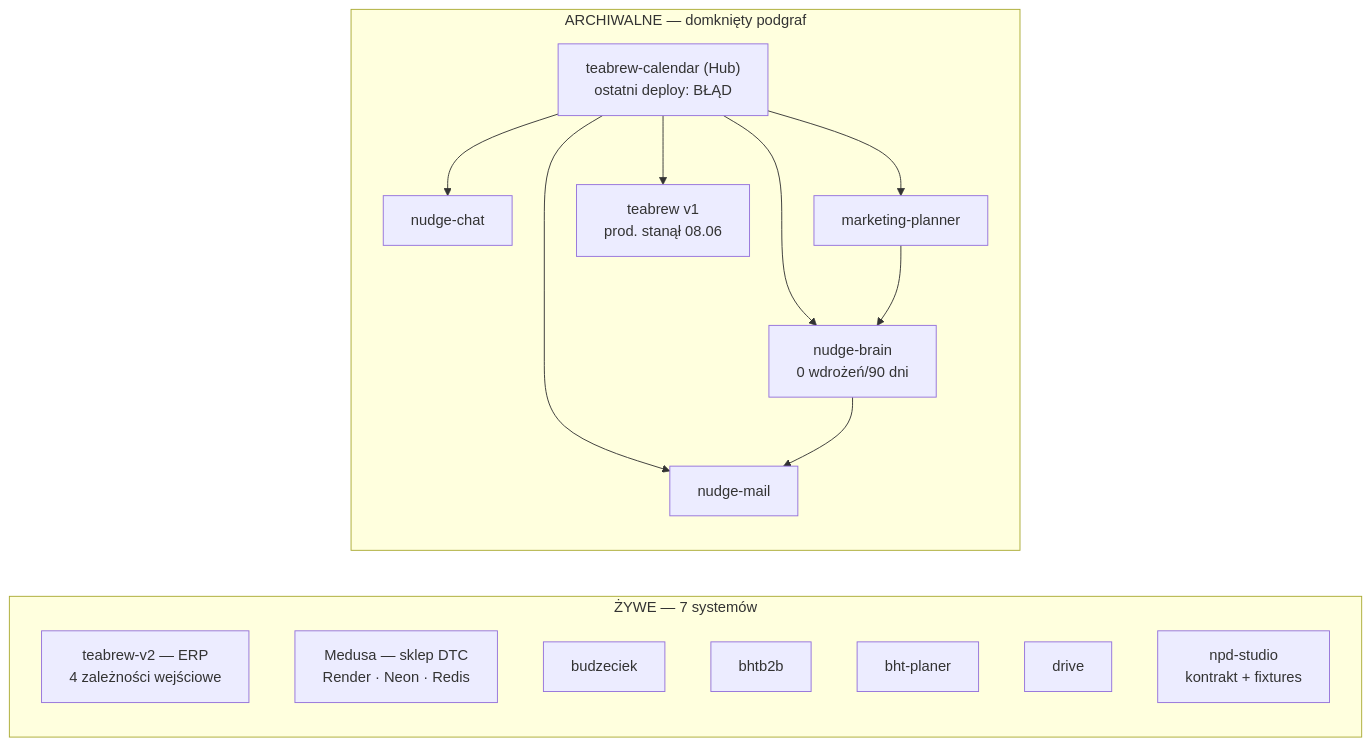
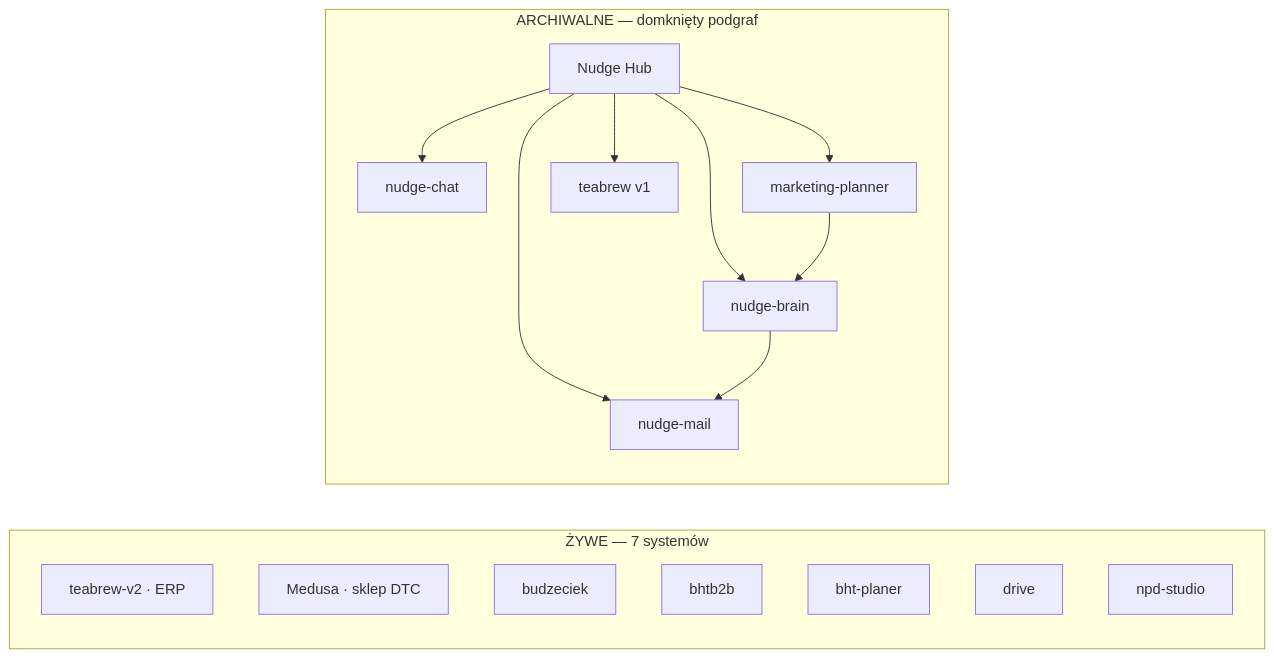
The first of 4 diagrams in docs/ARCHITEKTURA-AI-2026.md (bhtea-debug/nudge-chat), drawn with Mermaid before and after one commit. The commit also changed other lines of this file, not shown here.

````diff
--- a/docs/ARCHITEKTURA-AI-2026.md
+++ b/docs/ARCHITEKTURA-AI-2026.md
@@ -109,29 +126,27 @@
 ```mermaid
 graph LR
     subgraph zywe["ŻYWE — 7 systemów"]
-        ERP["teabrew-v2 — ERP<br/>4 zależności wejściowe"]
-        MED["Medusa — sklep DTC<br/>Render · Neon · Redis"]
+        ERP["teabrew-v2 · ERP"]
+        SHOP["Medusa · sklep DTC"]
         BUD["budzeciek"]
         B2B["bhtb2b"]
         PLAN["bht-planer"]
         DRV["drive"]
-        NPD["npd-studio<br/>kontrakt + fixtures"]
+        NPD["npd-studio"]
     end
-
-    subgraph archiwalne["ARCHIWALNE — domknięty podgraf"]
-        HUB["teabrew-calendar (Hub)<br/>ostatni deploy: BŁĄD"]
-        BRAIN["nudge-brain<br/>0 wdrożeń/90 dni"]
+    subgraph arch["ARCHIWALNE — domknięty podgraf"]
+        HUB["Nudge Hub"]
+        BRAIN["nudge-brain"]
         CHAT["nudge-chat"]
         MAIL["nudge-mail"]
         MKT["marketing-planner"]
-        V1["teabrew v1<br/>prod. stanął 08.06"]
+        V1["teabrew v1"]
     end
-
     HUB --> BRAIN
     HUB --> CHAT
     HUB --> MAIL
     HUB --> MKT
     HUB --> V1
     MKT --> BRAIN
     BRAIN --> MAIL
 ```
````
